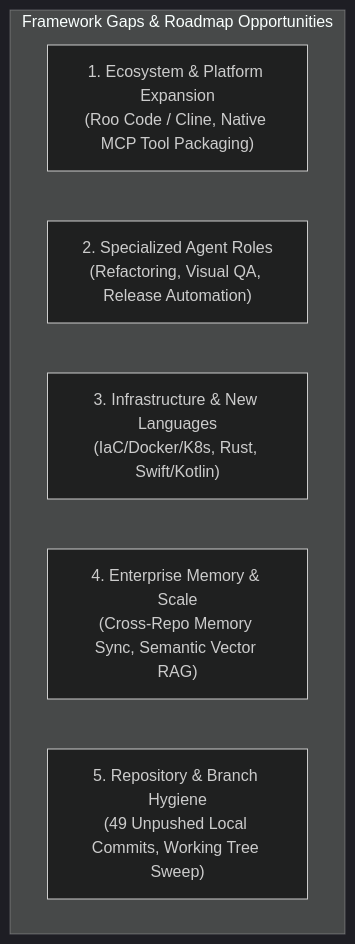
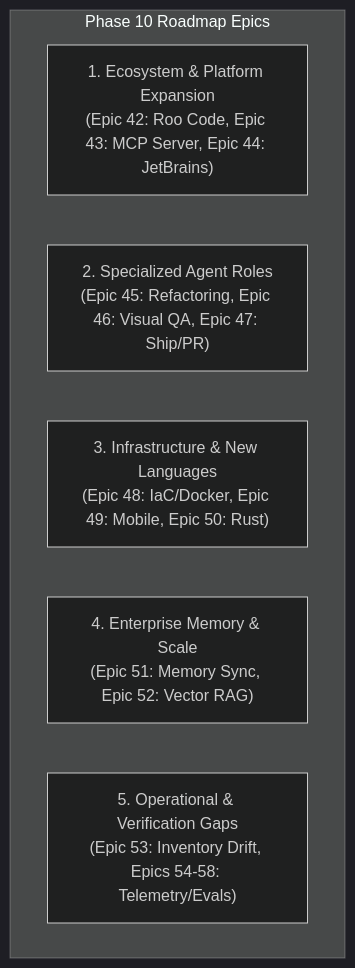
Before and after one commit to orieken/ai-assistant-dot-files: the diagram in docs/audits/framework-gap-audit-2026-07-25.md, drawn with Mermaid (dark theme). The commit also changed other lines of this file, not shown here.

Commit message:
docs: tag all framework gap audit items with Phase 10 roadmap Epics (42-58)

````diff
--- a/docs/audits/framework-gap-audit-2026-07-25.md
+++ b/docs/audits/framework-gap-audit-2026-07-25.md
@@ -17,10 +17,10 @@
 ```mermaid
 flowchart TD
-    subgraph Framework Gaps & Roadmap Opportunities
-        A["1. Ecosystem & Platform Expansion<br/>(Roo Code / Cline, Native MCP Tool Packaging)"]
-        B["2. Specialized Agent Roles<br/>(Refactoring, Visual QA, Release Automation)"]
-        C["3. Infrastructure & New Languages<br/>(IaC/Docker/K8s, Rust, Swift/Kotlin)"]
-        D["4. Enterprise Memory & Scale<br/>(Cross-Repo Memory Sync, Semantic Vector RAG)"]
-        E["5. Repository & Branch Hygiene<br/>(49 Unpushed Local Commits, Working Tree Sweep)"]
+    subgraph Phase 10 Roadmap Epics
+        A["1. Ecosystem & Platform Expansion<br/>(Epic 42: Roo Code, Epic 43: MCP Server, Epic 44: JetBrains)"]
+        B["2. Specialized Agent Roles<br/>(Epic 45: Refactoring, Epic 46: Visual QA, Epic 47: Ship/PR)"]
+        C["3. Infrastructure & New Languages<br/>(Epic 48: IaC/Docker, Epic 49: Mobile, Epic 50: Rust)"]
+        D["4. Enterprise Memory & Scale<br/>(Epic 51: Memory Sync, Epic 52: Vector RAG)"]
+        E["5. Operational & Verification Gaps<br/>(Epic 53: Inventory Drift, Epics 54-58: Telemetry/Evals)"]
     end
 ```
````
